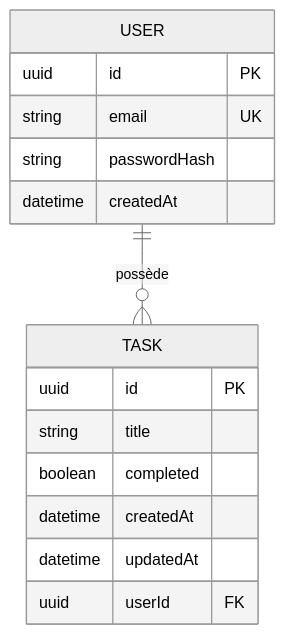
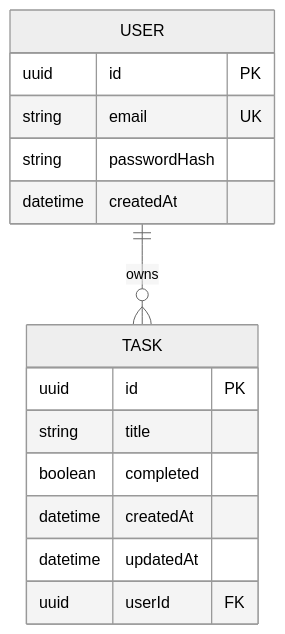
One commit to confidenceuche939-cell/my-app changed the third of 3 diagrams in README.md. Above: the diagram before and after it, drawn with Mermaid (neutral theme). The commit also changed other lines of this file and 1 other file, not shown here.

````diff
--- a/README.md
+++ b/README.md
@@ -76,18 +76,18 @@
 ```mermaid
 erDiagram
-  USER ||--o{ TASK : possède
+  USER ||--o{ TASK : owns
   USER {
     uuid id PK
     string email UK
     string passwordHash
     datetime createdAt
   }
   TASK {
     uuid id PK
     string title
     boolean completed
     datetime createdAt
     datetime updatedAt
     uuid userId FK
   }
 ```
````
